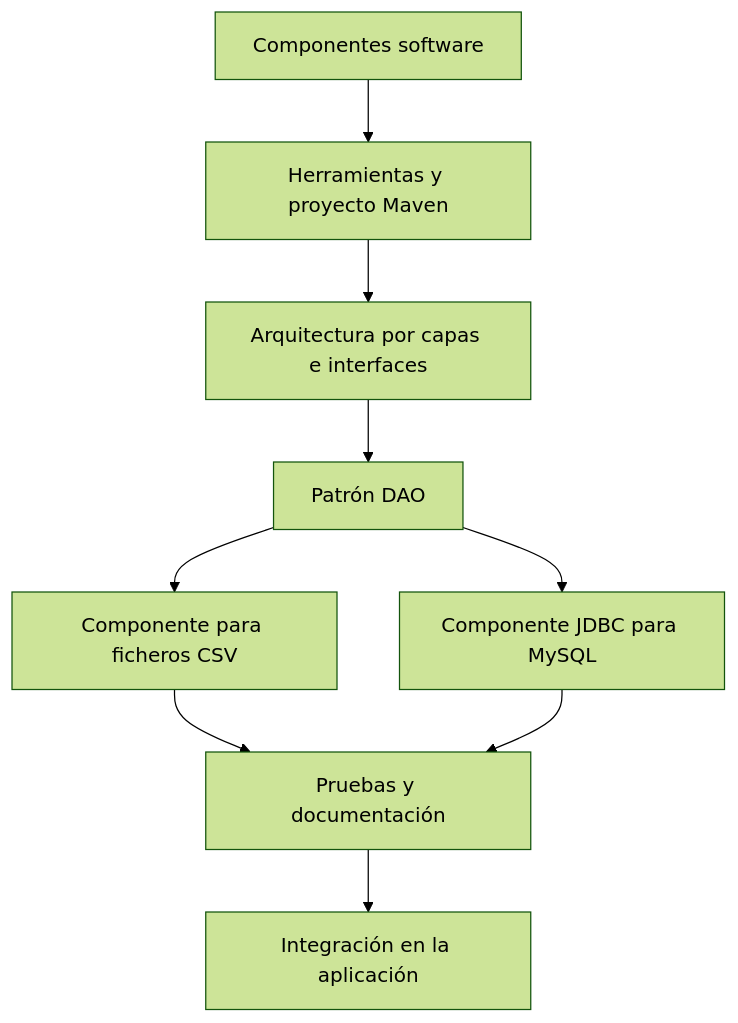
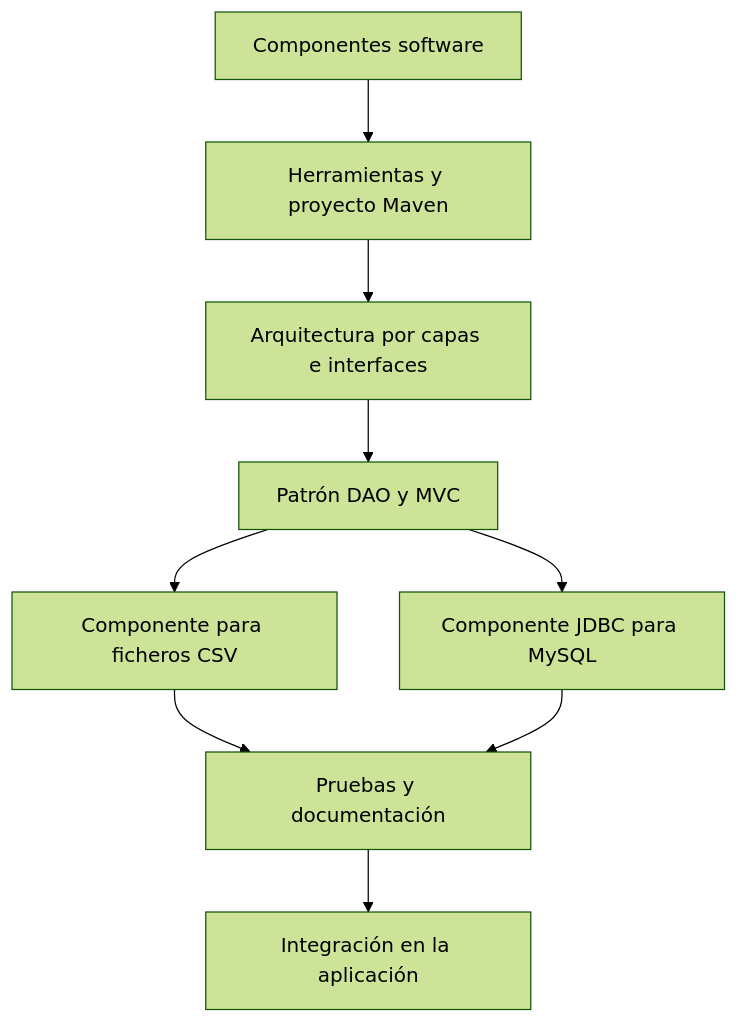
The second of 2 diagrams in docs/ut3/index.md (rlrprofe/AD-2627), drawn with Mermaid (forest theme) before and after one commit. The commit also changed other lines of this file and 9 other files, not shown here.

Commit message:
Actualizar UT3 con arquitectura MVC y DAO

````diff
--- a/docs/ut3/index.md
+++ b/docs/ut3/index.md
@@ -95,11 +133,11 @@
 ```mermaid
 flowchart TD
     A["Componentes software"] --> B["Herramientas y proyecto Maven"]
     B --> C["Arquitectura por capas e interfaces"]
-    C --> D["Patrón DAO"]
+    C --> D["Patrón DAO y MVC"]
     D --> E["Componente para ficheros CSV"]
     D --> F["Componente JDBC para MySQL"]
     E --> G["Pruebas y documentación"]
     F --> G
     G --> H["Integración en la aplicación"]
 ```
````
